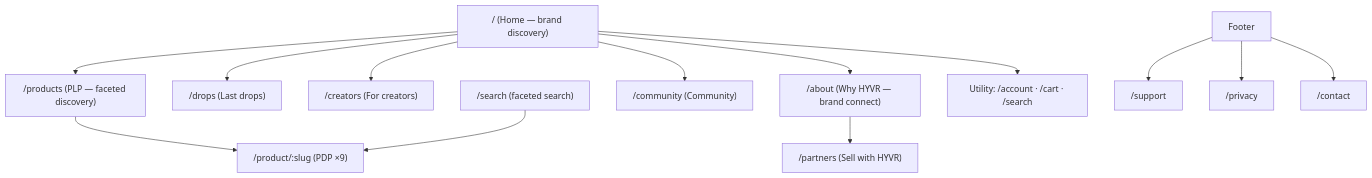
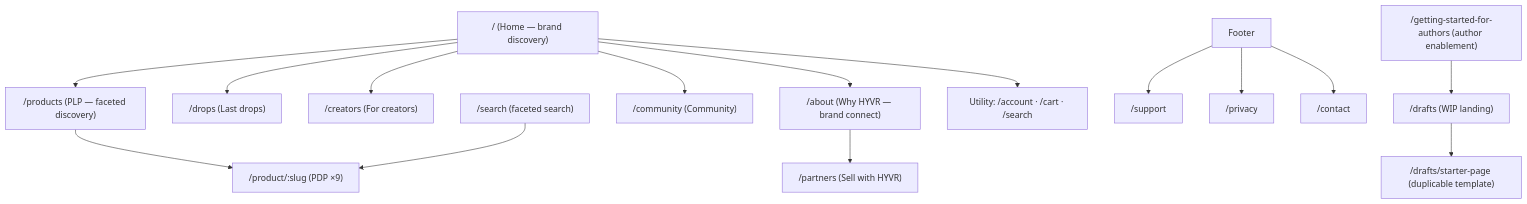
Before and after one commit to clporgs/hyvr-eds: the diagram in docs/information-architecture.md, drawn with Mermaid. The commit also changed other lines of this file and 17 other files, not shown here.

````diff
--- a/docs/information-architecture.md
+++ b/docs/information-architecture.md
@@ -7,16 +7,18 @@
 ```mermaid
 flowchart TD
   Home["/ (Home — brand discovery)"]
   Home --> Shop["/products (PLP — faceted discovery)"]
   Home --> Drops["/drops (Last drops)"]
   Home --> Creators["/creators (For creators)"]
   Home --> About["/about (Why HYVR — brand connect)"]
   Home --> Community["/community (Community)"]
   Shop --> PDP["/product/:slug (PDP ×9)"]
   Search["/search (faceted search)"] --> PDP
   About --> Partners["/partners (Sell with HYVR)"]
   Home --> Utility["Utility: /account · /cart · /search"]
   Footer["Footer"] --> Support["/support"]
   Footer --> Privacy["/privacy"]
   Footer --> Contact["/contact"]
+  AuthorGuide["/getting-started-for-authors (author enablement)"] --> Drafts["/drafts (WIP landing)"]
+  Drafts --> StarterPage["/drafts/starter-page (duplicable template)"]
 ```
````
